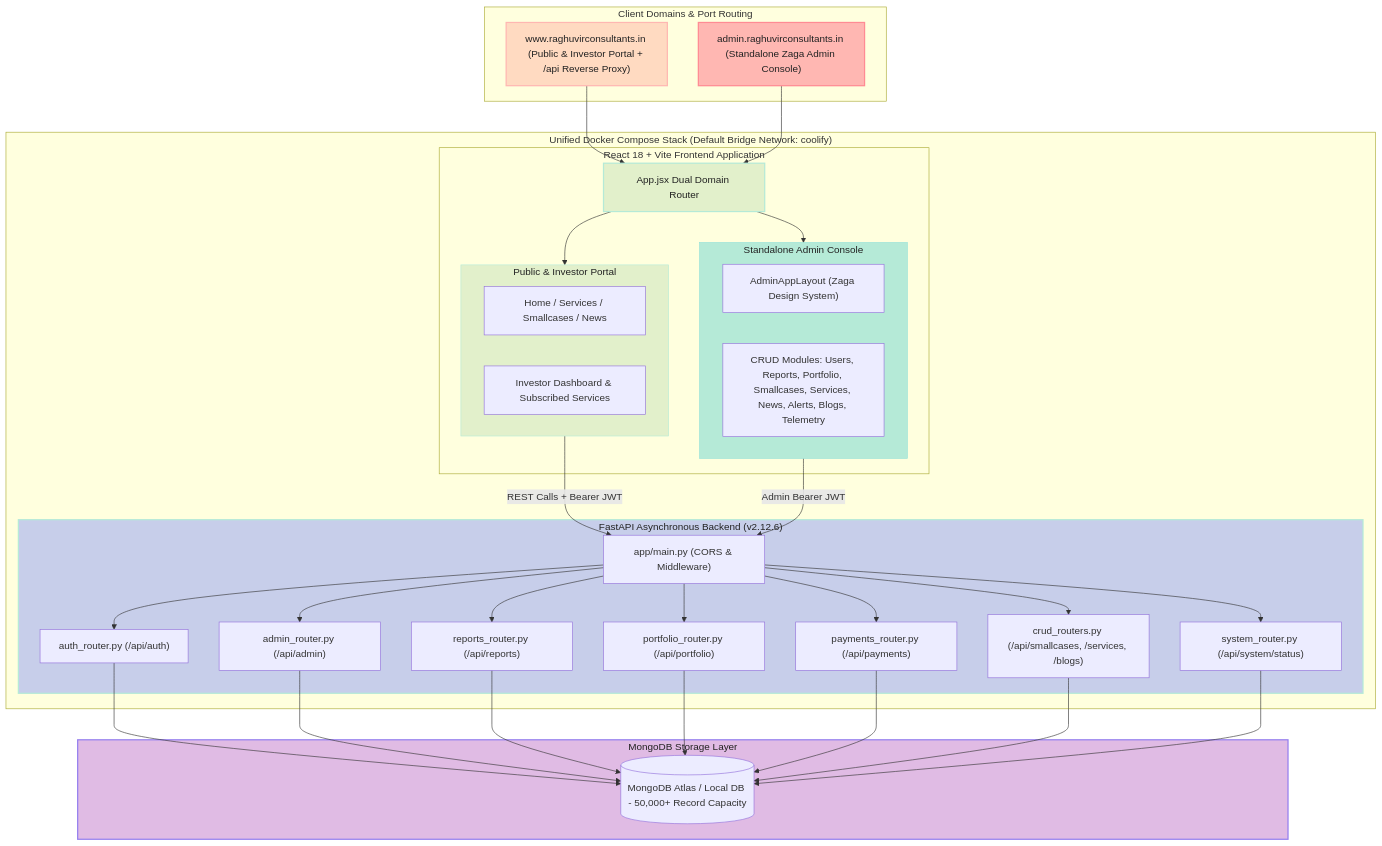
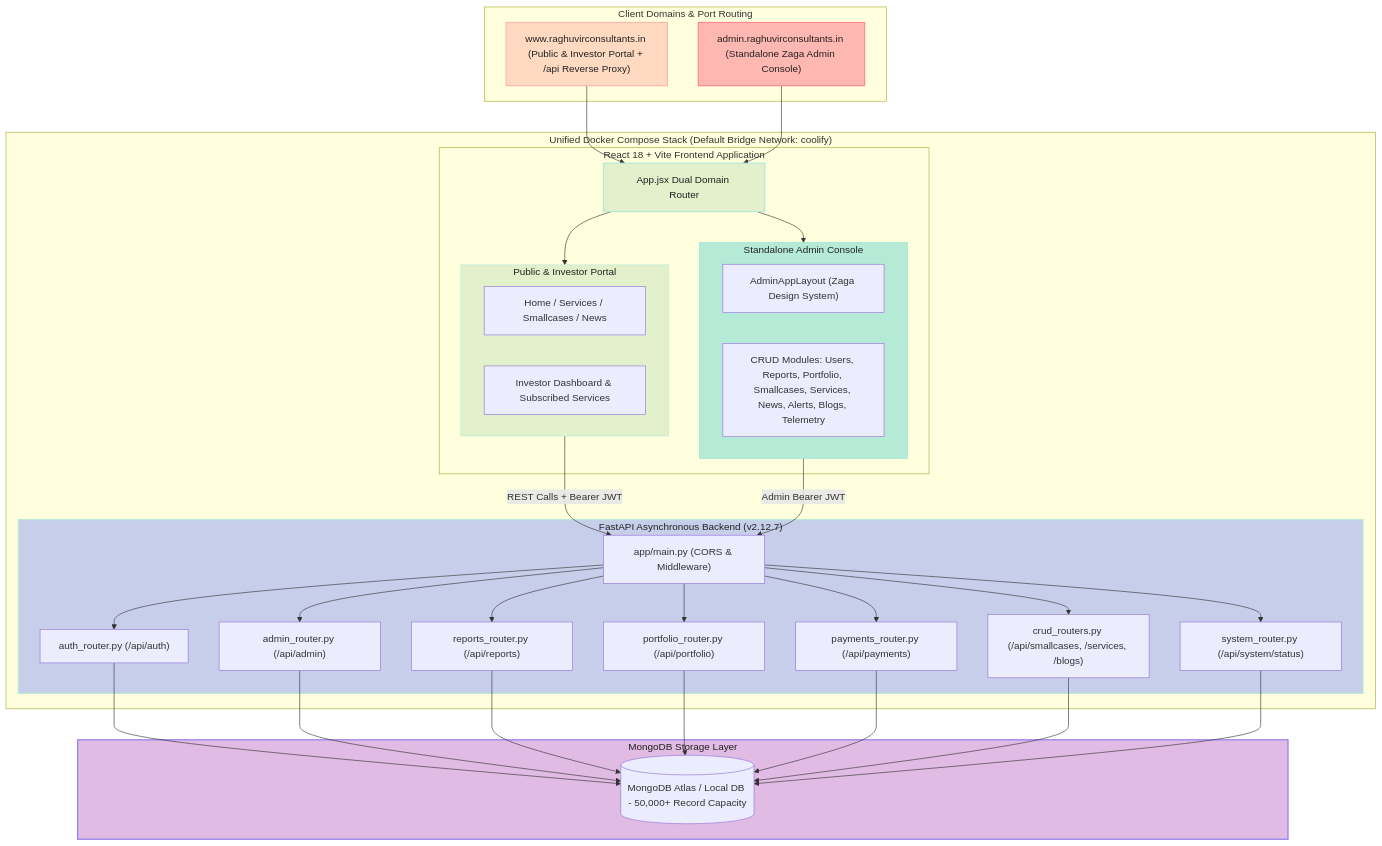
Before and after one commit to tejasrsuthar/raghuvirconsultants-site: the first of 2 diagrams in backend/docs/ARCHITECTURE.md, drawn with Mermaid. The commit also changed other lines of this file and 8 other files, not shown here.

````diff
--- a/backend/docs/ARCHITECTURE.md
+++ b/backend/docs/ARCHITECTURE.md
@@ -14,72 +14,72 @@
 ```mermaid
 graph TD
     subgraph ClientDomains["Client Domains & Port Routing"]
         PublicDomain["www.raghuvirconsultants.in (Public & Investor Portal + /api Reverse Proxy)"]
         AdminDomain["admin.raghuvirconsultants.in (Standalone Zaga Admin Console)"]
     end
 
     subgraph ComposeStack["Unified Docker Compose Stack (Default Bridge Network: coolify)"]
         subgraph ReactFrontend["React 18 + Vite Frontend Application"]
             AppRouter["App.jsx Dual Domain Router"]
             
             subgraph PublicPortal["Public & Investor Portal"]
               PublicViews["Home / Services / Smallcases / News"]
               InvestorPortal["Investor Dashboard & Subscribed Services"]
             end
 
             subgraph ZagaAdmin["Standalone Admin Console"]
               AdminLayout["AdminAppLayout (Zaga Design System)"]
               AdminModules["CRUD Modules: Users, Reports, Portfolio, Smallcases, Services, News, Alerts, Blogs, Telemetry"]
             end
         end
 
-        subgraph FastAPIServer["FastAPI Asynchronous Backend (v2.12.6)"]
+        subgraph FastAPIServer["FastAPI Asynchronous Backend (v2.12.7)"]
             API["app/main.py (CORS & Middleware)"]
             AuthRouter["auth_router.py (/api/auth)"]
             AdminRouter["admin_router.py (/api/admin)"]
             ReportsRouter["reports_router.py (/api/reports)"]
             PortfolioRouter["portfolio_router.py (/api/portfolio)"]
             PaymentsRouter["payments_router.py (/api/payments)"]
             CRUDRouters["crud_routers.py (/api/smallcases, /services, /blogs)"]
             SystemRouter["system_router.py (/api/system/status)"]
         end
     end
 
     subgraph DataStore["MongoDB Storage Layer"]
         MongoDB[(MongoDB Atlas / Local DB - 50,000+ Record Capacity)]
     end
 
     PublicDomain --> AppRouter
     AdminDomain --> AppRouter
 
     AppRouter --> PublicPortal
     AppRouter --> ZagaAdmin
 
     PublicPortal -->|REST Calls + Bearer JWT| API
     ZagaAdmin -->|Admin Bearer JWT| API
 
     API --> AuthRouter
     API --> AdminRouter
     API --> ReportsRouter
     API --> PortfolioRouter
     API --> PaymentsRouter
     API --> CRUDRouters
     API --> SystemRouter
 
     AuthRouter --> MongoDB
     AdminRouter --> MongoDB
     ReportsRouter --> MongoDB
     PortfolioRouter --> MongoDB
     PaymentsRouter --> MongoDB
     CRUDRouters --> MongoDB
     SystemRouter --> MongoDB
 
     %% Pastel Color Palette Styling
     style PublicDomain fill:#FFDAC1,stroke:#FFB7B2,stroke-width:2px,color:#222;
     style AdminDomain fill:#FFB7B2,stroke:#FF8B94,stroke-width:2px,color:#222;
     style AppRouter fill:#E2F0CB,stroke:#B5EAD7,stroke-width:2px,color:#222;
     style PublicPortal fill:#E2F0CB,stroke:#B5EAD7,stroke-width:1px,color:#222;
     style ZagaAdmin fill:#B5EAD7,stroke:#93E1D8,stroke-width:1px,color:#222;
     style FastAPIServer fill:#C7CEEA,stroke:#B5EAD7,stroke-width:2px,color:#222;
     style DataStore fill:#E0BBE4,stroke:#957FEF,stroke-width:2px,color:#222;
 ```
````
